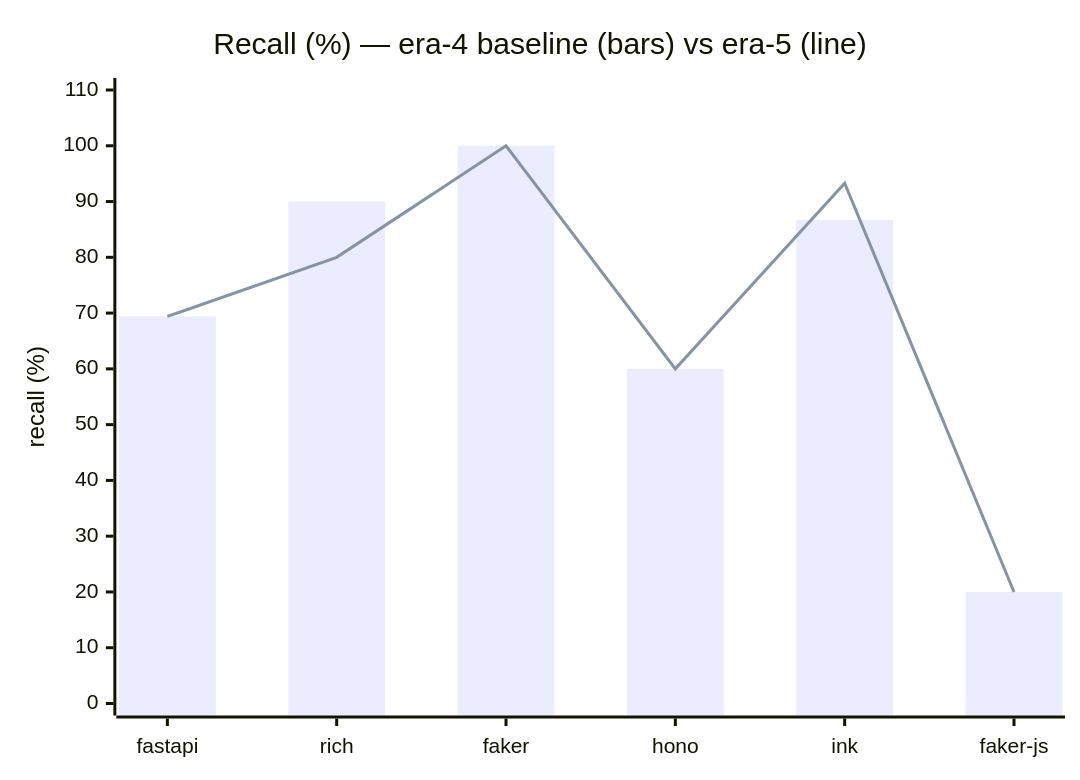
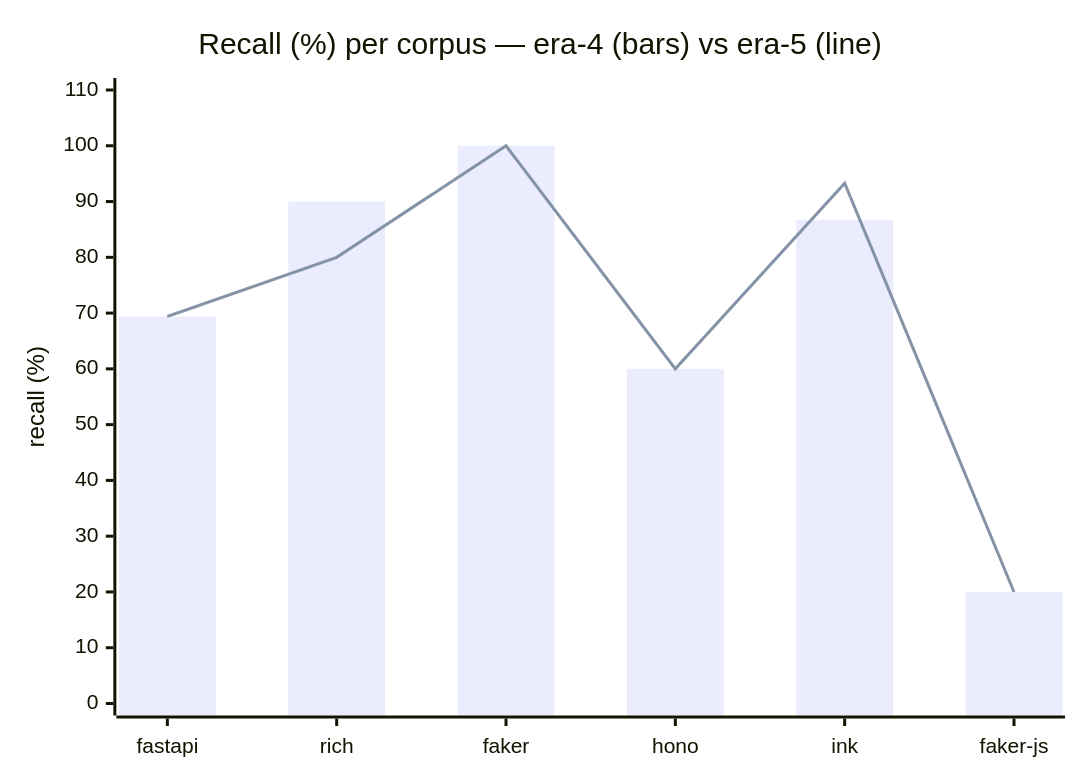
The fourth of 4 diagrams in docs/research/README.md (get-tmonier/argot), drawn with Mermaid before and after one commit. The commit also changed other lines of this file, not shown here.

Commit message:
docs(research): normalize arc chart to gate-clearance; add per-corpus era-4 vs era-5 detail charts

````diff
--- a/docs/research/README.md
+++ b/docs/research/README.md
@@ -76,8 +99,8 @@
 ```mermaid
 xychart-beta
-    title "Recall (%) — era-4 baseline (bars) vs era-5 (line)"
+    title "Recall (%) per corpus — era-4 (bars) vs era-5 (line)"
     x-axis ["fastapi", "rich", "faker", "hono", "ink", "faker-js"]
     y-axis "recall (%)" 0 --> 110
     bar [69.4, 90.0, 100, 60, 86.7, 20.0]
     line [69.4, 80.0, 100, 60, 93.3, 20.0]
 ```
````
